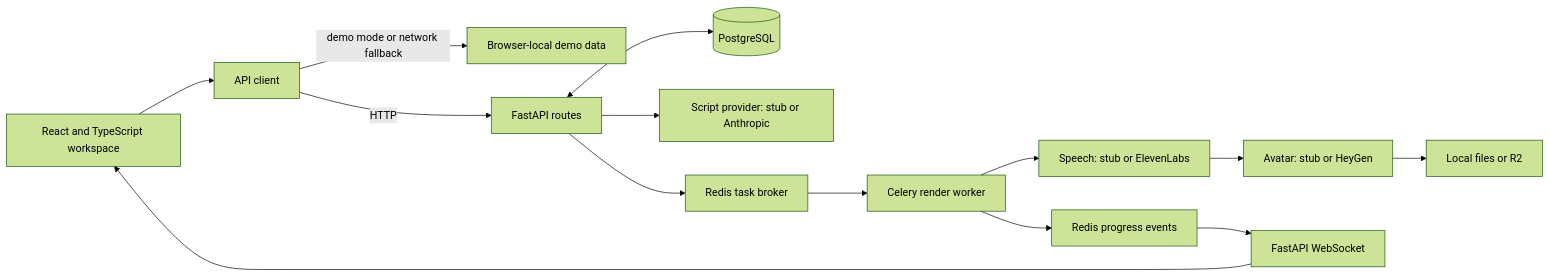
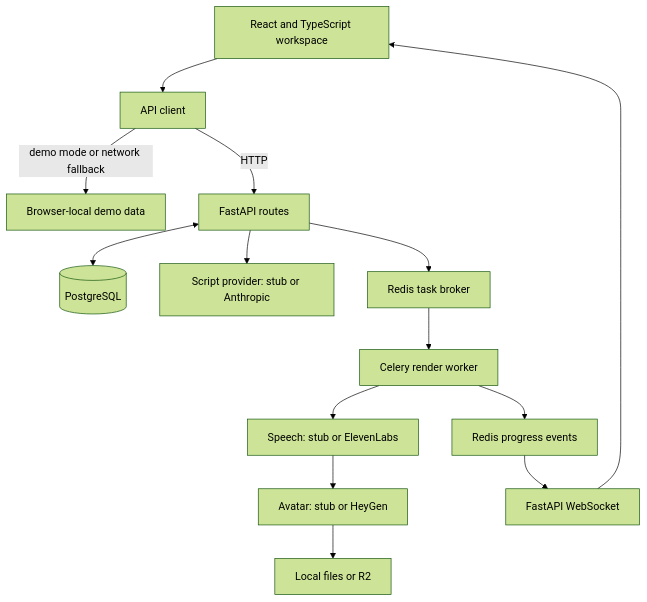
Before and after one commit to anudeepadi/ugc-forge: the diagram in README.md, drawn with Mermaid (forest theme).

Commit message:
docs: improve architecture diagram readability

````diff
--- a/README.md
+++ b/README.md
@@ -34,16 +34,16 @@
 ```mermaid
-flowchart LR
+flowchart TD
     UI["React and TypeScript workspace"] --> Client["API client"]
     Client -->|demo mode or network fallback| Demo["Browser-local demo data"]
     Client -->|HTTP| API["FastAPI routes"]
     API <--> DB[("PostgreSQL")]
     API --> Scripts["Script provider: stub or Anthropic"]
     API --> Queue["Redis task broker"]
     Queue --> Worker["Celery render worker"]
     Worker --> TTS["Speech: stub or ElevenLabs"]
     TTS --> Avatar["Avatar: stub or HeyGen"]
     Avatar --> Storage["Local files or R2"]
     Worker --> Events["Redis progress events"]
     Events --> WS["FastAPI WebSocket"]
     WS --> UI
 ```
````
